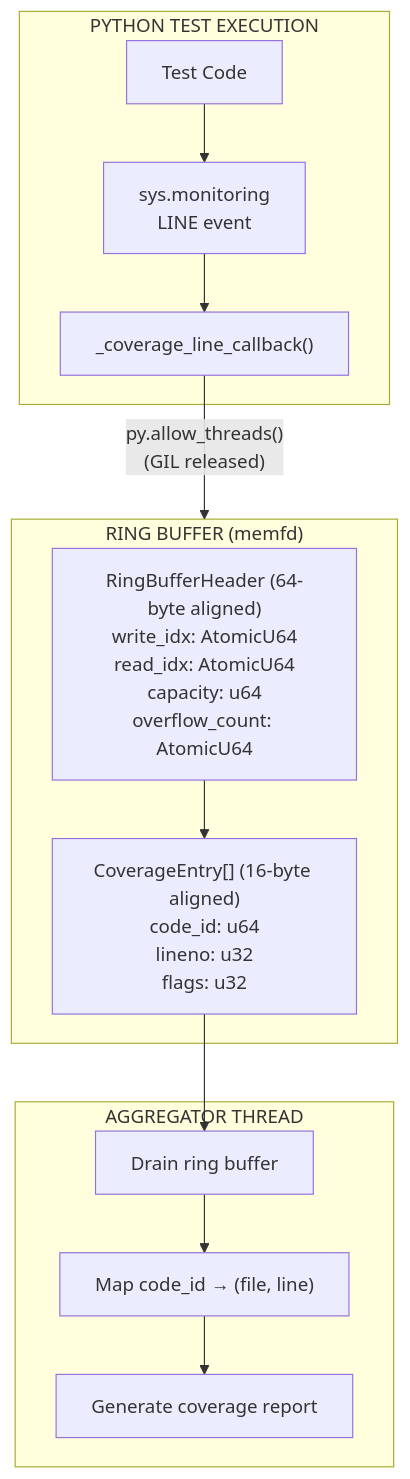
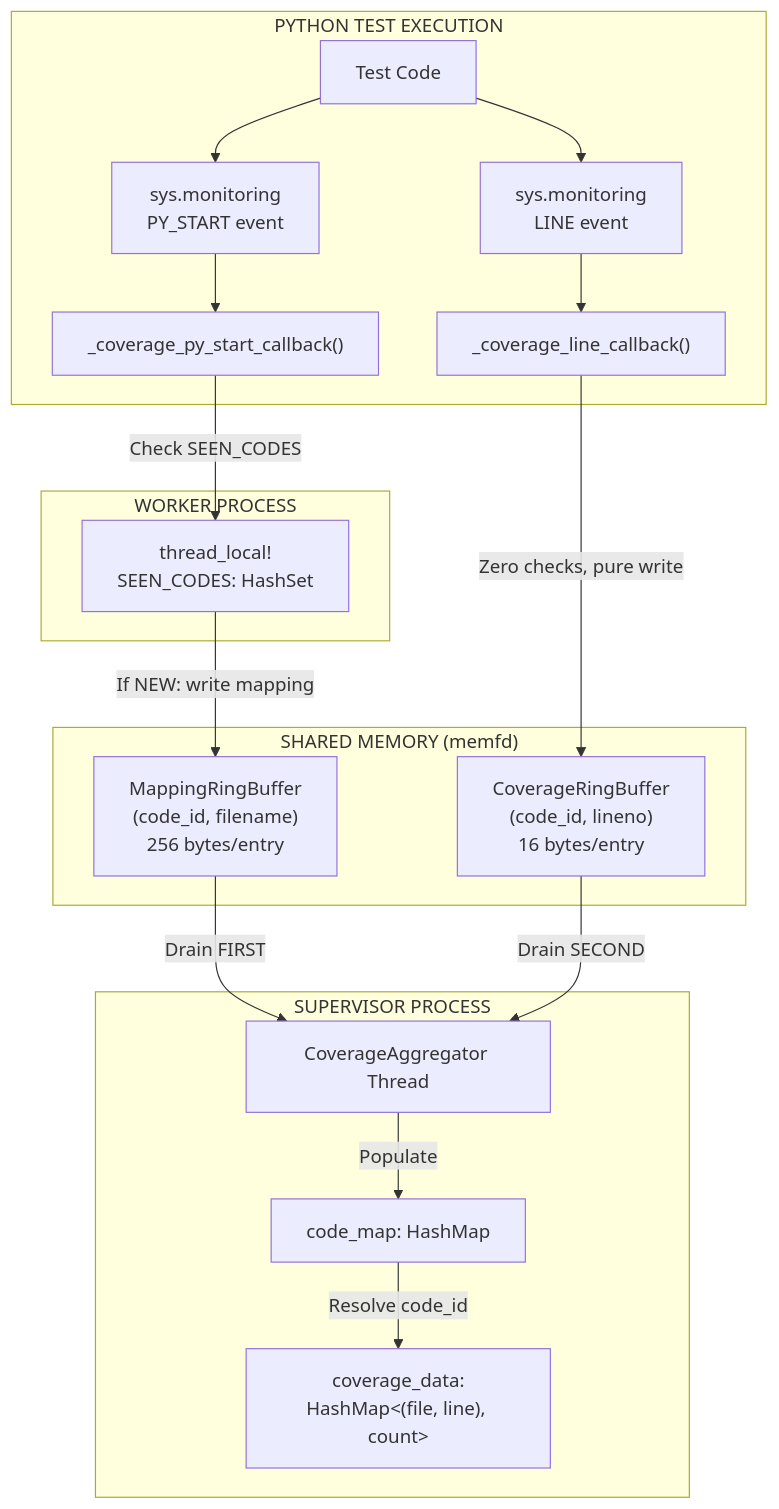
The eighth of 10 diagrams in README.md (NikkeTryHard/tach-core), drawn with Mermaid before and after one commit. The commit also changed other lines of this file and 8 other files, not shown here.

````diff
--- a/README.md
+++ b/README.md
@@ -396,24 +401,36 @@
 ```mermaid
 flowchart TB
     subgraph Python["PYTHON TEST EXECUTION"]
         Test["Test Code"]
-        PEP669["sys.monitoring\nLINE event"]
-        Callback["_coverage_line_callback()"]
+        PY_START["sys.monitoring\nPY_START event"]
+        LINE["sys.monitoring\nLINE event"]
+        StartCB["_coverage_py_start_callback()"]
+        LineCB["_coverage_line_callback()"]
     end
 
-    subgraph RingBuffer["RING BUFFER (memfd)"]
-        Header["RingBufferHeader (64-byte aligned)\nwrite_idx: AtomicU64\nread_idx: AtomicU64\ncapacity: u64\noverflow_count: AtomicU64"]
-        Entries["CoverageEntry[] (16-byte aligned)\ncode_id: u64\nlineno: u32\nflags: u32"]
+    subgraph Worker["WORKER PROCESS"]
+        SeenCodes["thread_local!\nSEEN_CODES: HashSet<u64>"]
     end
 
-    subgraph Aggregator["AGGREGATOR THREAD"]
-        Drain["Drain ring buffer"]
-        Map["Map code_id → (file, line)"]
-        Report["Generate coverage report"]
+    subgraph SharedMem["SHARED MEMORY (memfd)"]
+        MappingBuffer["MappingRingBuffer\n(code_id, filename)\n256 bytes/entry"]
+        CoverageBuffer["CoverageRingBuffer\n(code_id, lineno)\n16 bytes/entry"]
     end
 
-    Test --> PEP669 --> Callback
-    Callback -->|"py.allow_threads()\n(GIL released)"| RingBuffer
-    Header --> Entries
-    Entries --> Drain --> Map --> Report
+    subgraph Supervisor["SUPERVISOR PROCESS"]
+        Aggregator["CoverageAggregator Thread"]
+        CodeMap["code_map: HashMap<u64, String>"]
+        CoverageData["coverage_data:\nHashMap<(file, line), count>"]
+    end
+
+    Test --> PY_START --> StartCB
+    Test --> LINE --> LineCB
+    StartCB -->|"Check SEEN_CODES"| SeenCodes
+    SeenCodes -->|"If NEW: write mapping"| MappingBuffer
+    LineCB -->|"Zero checks, pure write"| CoverageBuffer
+
+    MappingBuffer -->|"Drain FIRST"| Aggregator
+    Aggregator -->|"Populate"| CodeMap
+    CoverageBuffer -->|"Drain SECOND"| Aggregator
+    CodeMap -->|"Resolve code_id"| CoverageData
 ```
````
